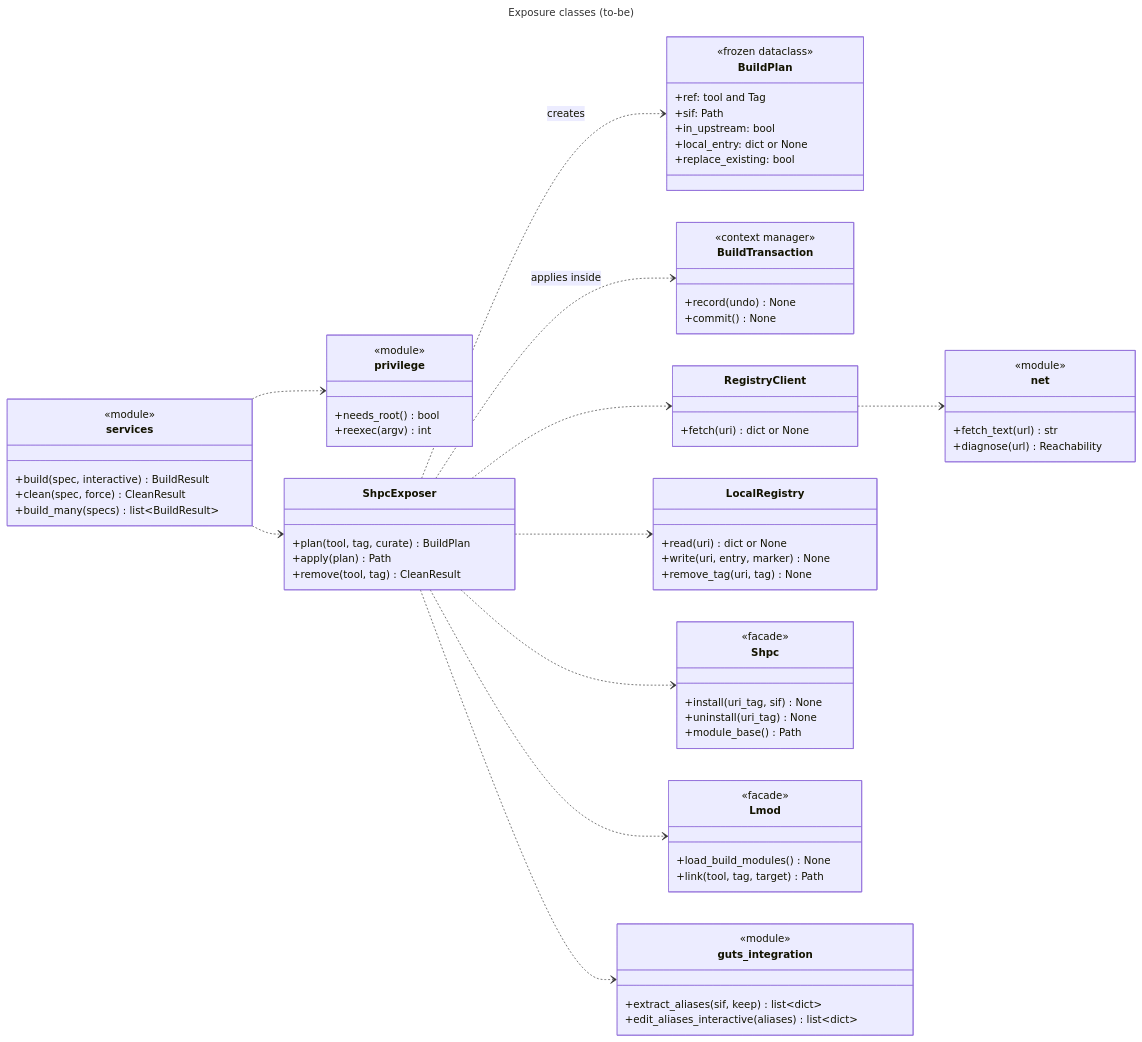
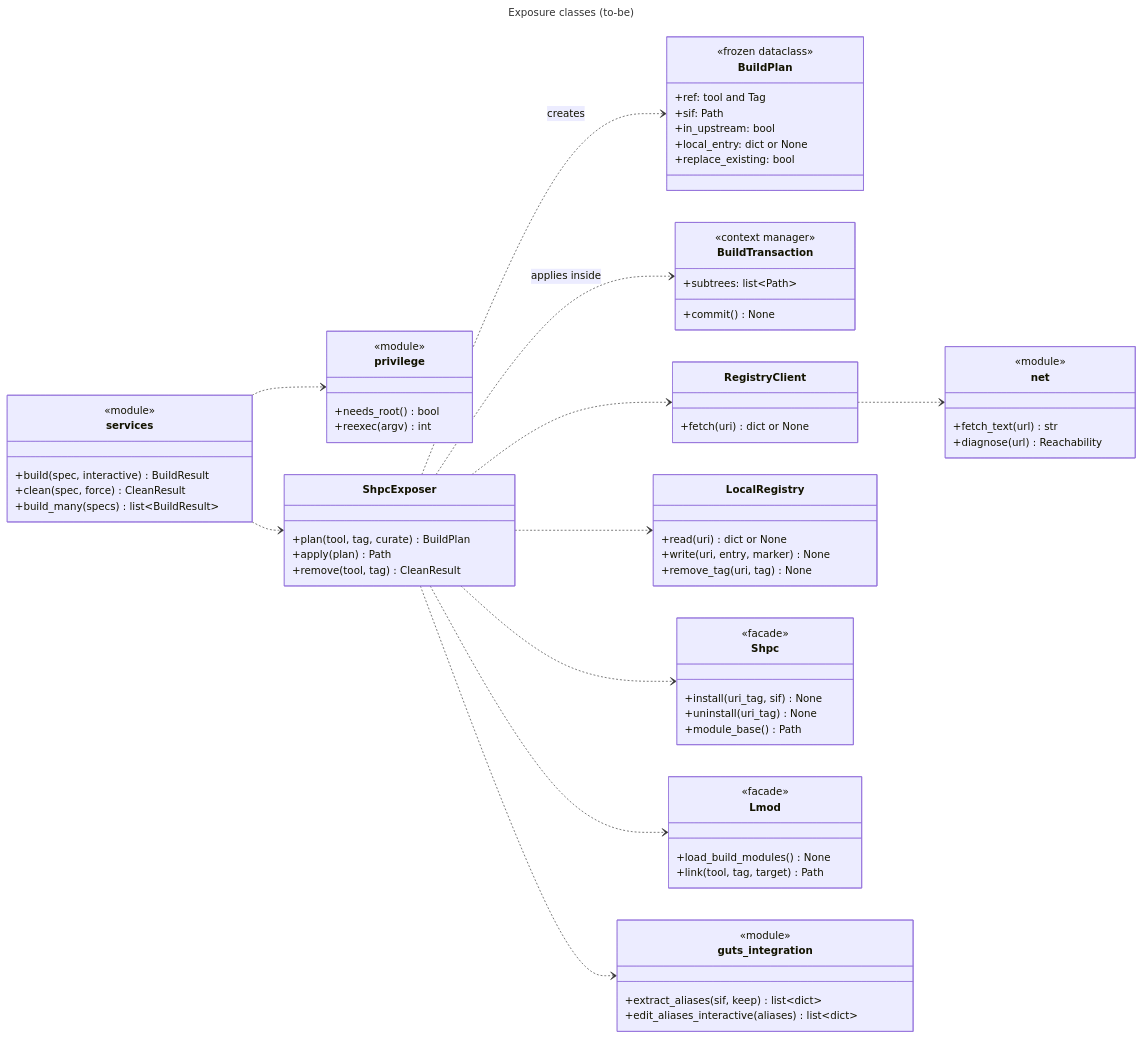
One commit to Sydney-Informatics-Hub/shelley changed the second of 11 diagrams in docs/reference/architecture/target-state.md. Above: the diagram before and after it, drawn with Mermaid. The commit also changed other lines of this file and 5 other files, not shown here.

````diff
--- a/docs/reference/architecture/target-state.md
+++ b/docs/reference/architecture/target-state.md
@@ -107,79 +107,79 @@
 ```mermaid
 ---
 title: Exposure classes (to-be)
 ---
 classDiagram
     direction LR
     class services {
         <<module>>
         +build(spec, interactive) BuildResult
         +clean(spec, force) CleanResult
         +build_many(specs) list~BuildResult~
     }
     class privilege {
         <<module>>
         +needs_root() bool
         +reexec(argv) int
     }
     class ShpcExposer {
         +plan(tool, tag, curate) BuildPlan
         +apply(plan) Path
         +remove(tool, tag) CleanResult
     }
     class BuildPlan {
         <<frozen dataclass>>
         +ref: tool and Tag
         +sif: Path
         +in_upstream: bool
         +local_entry: dict or None
         +replace_existing: bool
     }
     class BuildTransaction {
         <<context manager>>
-        +record(undo) None
+        +subtrees: list~Path~
         +commit() None
     }
     class RegistryClient {
         +fetch(uri) dict or None
     }
     class LocalRegistry {
         +read(uri) dict or None
         +write(uri, entry, marker) None
         +remove_tag(uri, tag) None
     }
     class Shpc {
         <<facade>>
         +install(uri_tag, sif) None
         +uninstall(uri_tag) None
         +module_base() Path
     }
     class Lmod {
         <<facade>>
         +load_build_modules() None
         +link(tool, tag, target) Path
     }
     class net {
         <<module>>
         +fetch_text(url) str
         +diagnose(url) Reachability
     }
     class guts_integration {
         <<module>>
         +extract_aliases(sif, keep) list~dict~
         +edit_aliases_interactive(aliases) list~dict~
     }
 
     services ..> privilege
     services ..> ShpcExposer
     ShpcExposer ..> BuildPlan : creates
     ShpcExposer ..> BuildTransaction : applies inside
     ShpcExposer ..> RegistryClient
     ShpcExposer ..> LocalRegistry
     ShpcExposer ..> guts_integration
     ShpcExposer ..> Shpc
     ShpcExposer ..> Lmod
     RegistryClient ..> net
     %% ShpcExposer replaces CVMFSModuleBuilder.shpc_install, _ensure_local_registry_entry, _share_build_artifacts, uninstall_module (cvmfs_builder.py:300-721)
     %% net raises NetworkUnavailable(host, reason); RegistryClient.fetch returns None only for "not upstream"
     %% errors module (not drawn): NetworkUnavailable, MountUnavailable, TagNotFound, TagRequired, AmbiguousTag
 ```
````
